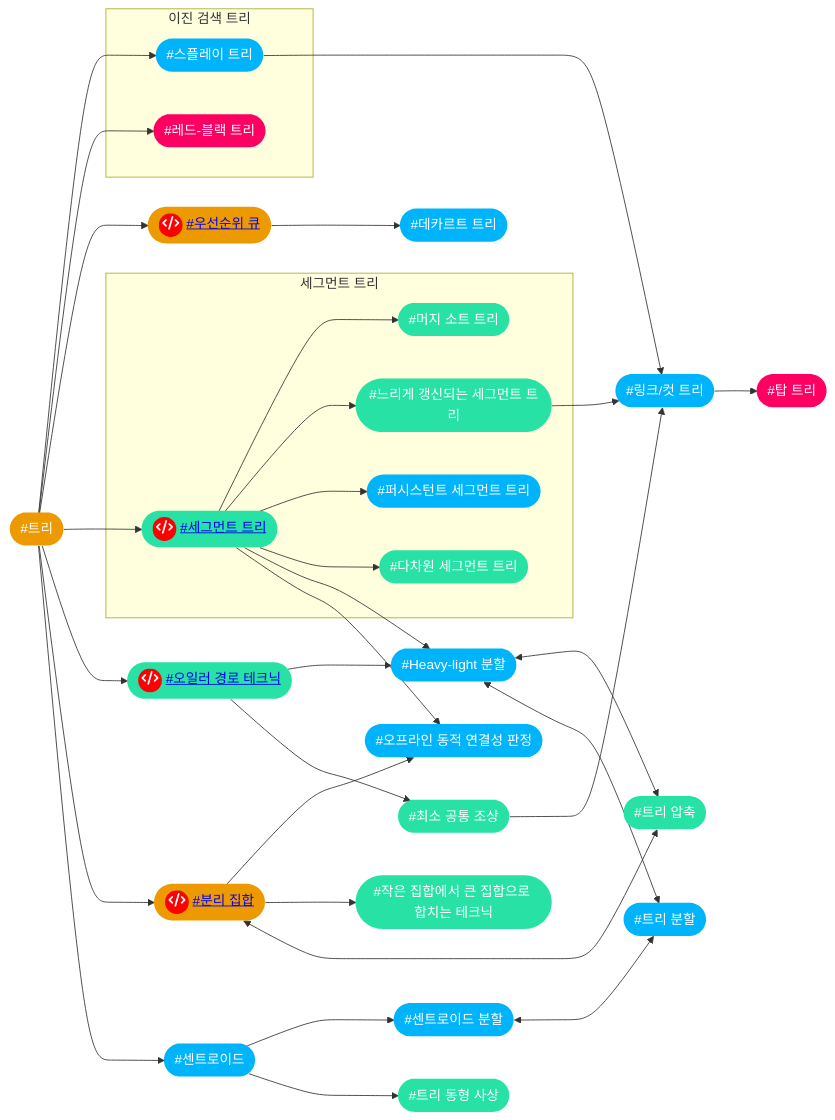
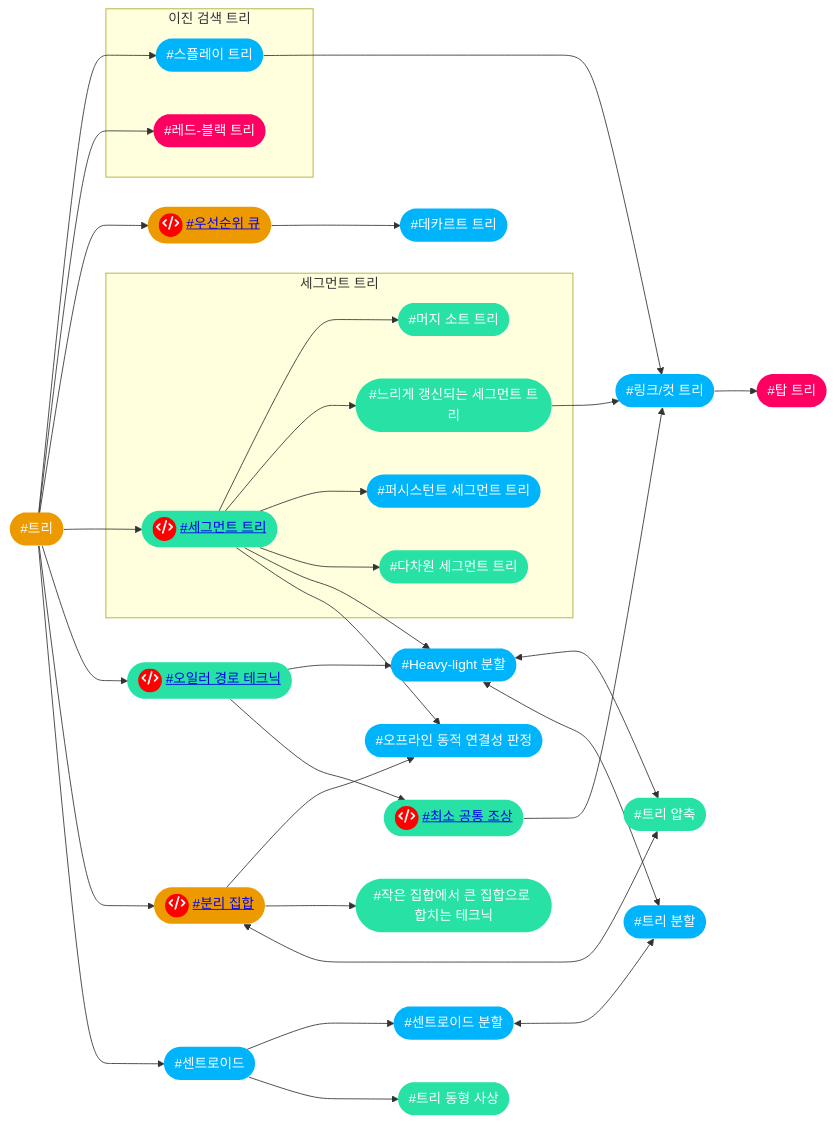
The sixth of 14 diagrams in index.md (CHOYUNSIG/algorithm_with_boj), drawn with Mermaid before and after one commit. The commit also changed 5 other files, not shown here.

```diff
--- a/index.md
+++ b/index.md
@@ -228,76 +228,76 @@
 <pre class="mermaid">
     graph LR
 
     #trees --> #splay_tree
     #trees --> #rb_tree
     #trees --> #priority_queue
     #trees --> #segtree
     #trees --> #euler_tour_technique
     #trees --> #disjoint_set
     #trees --> #centroid
     #priority_queue --> #cartesian_tree
     #lca --> #link_cut_tree
     #centroid --> #centroid_decomposition
     #centroid --> #tree_isomorphism
     #splay_tree --> #link_cut_tree
     #link_cut_tree --> #top_tree
     #segtree --> #merge_sort_tree
     #segtree --> #lazyprop
     #segtree --> #pst
     #segtree --> #multi_segtree
     #segtree --> #hld
     #segtree --> #offline_dynamic_connectivity
     #euler_tour_technique --> #hld
     #euler_tour_technique --> #lca
     #lazyprop --> #link_cut_tree
     #disjoint_set --> #offline_dynamic_connectivity
     #disjoint_set --> #smaller_to_larger
     #disjoint_set <--> #tree_compression 
     #centroid_decomposition <--> #tree_decomposition 
     #hld <--> #tree_compression
     #hld <--> #tree_decomposition
 
     subgraph 이진 검색 트리
         #splay_tree
         #rb_tree
     end
 
     subgraph 세그먼트 트리
         #segtree
         #merge_sort_tree
         #lazyprop
         #pst
         #multi_segtree
     end
 
     #hld(["#Heavy-light 분할"]):::tier4
     #lazyprop(["#느리게 갱신되는 세그먼트 트리"]):::tier3
     #multi_segtree(["#다차원 세그먼트 트리"]):::tier3
     #cartesian_tree(["#데카르트 트리"]):::tier4
     #rb_tree(["#레드-블랙 트리"]):::tier5
     #link_cut_tree(["#링크/컷 트리"]):::tier4
     #merge_sort_tree(["#머지 소트 트리"]):::tier3
     #disjoint_set(["<span style="background-color: red; border-radius: 50%; display:inline-block; width:28px; height:28px">fa:fa-code</span> <a href="post/2024/01/13/disjoint_set.html">#분리 집합</a>"]):::tier2
     #segtree(["<span style="background-color: red; border-radius: 50%; display:inline-block; width:28px; height:28px">fa:fa-code</span> <a href="post/2024/01/11/segtree.html">#세그먼트 트리</a>"]):::tier3
     #centroid(["#센트로이드"]):::tier4
     #centroid_decomposition(["#센트로이드 분할"]):::tier4
     #splay_tree(["#스플레이 트리"]):::tier4
     #euler_tour_technique(["<span style="background-color: red; border-radius: 50%; display:inline-block; width:28px; height:28px">fa:fa-code</span> <a href="post/2024/01/18/euler_tour_technique.html">#오일러 경로 테크닉</a>"]):::tier3
     #offline_dynamic_connectivity(["#오프라인 동적 연결성 판정"]):::tier4
     #priority_queue(["<span style="background-color: red; border-radius: 50%; display:inline-block; width:28px; height:28px">fa:fa-code</span> <a href="post/2024/01/15/priority_queue.html">#우선순위 큐</a>"]):::tier2
     #smaller_to_larger(["#작은 집합에서 큰 집합으로 합치는 테크닉"]):::tier3
-    #lca(["#최소 공통 조상"]):::tier3
+    #lca(["<span style="background-color: red; border-radius: 50%; display:inline-block; width:28px; height:28px">fa:fa-code</span> <a href="post/2024/01/20/lca.html">#최소 공통 조상</a>"]):::tier3
     #top_tree(["#탑 트리"]):::tier5
     #trees(["#트리"]):::tier2
     #tree_isomorphism(["#트리 동형 사상"]):::tier3
     #tree_decomposition(["#트리 분할"]):::tier4
     #tree_compression(["#트리 압축"]):::tier3
     #pst(["#퍼시스턴트 세그먼트 트리"]):::tier4
 
     classDef tier0 fill:#ad5600, color:#fff, stroke:#0000
     classDef tier1 fill:#435f7a, color:#fff, stroke:#0000
     classDef tier2 fill:#ec9a00, color:#fff, stroke:#0000
     classDef tier3 fill:#27e2a4, color:#fff, stroke:#0000
     classDef tier4 fill:#00b4fc, color:#fff, stroke:#0000
     classDef tier5 fill:#ff0062, color:#fff, stroke:#0000
 </pre>
```
